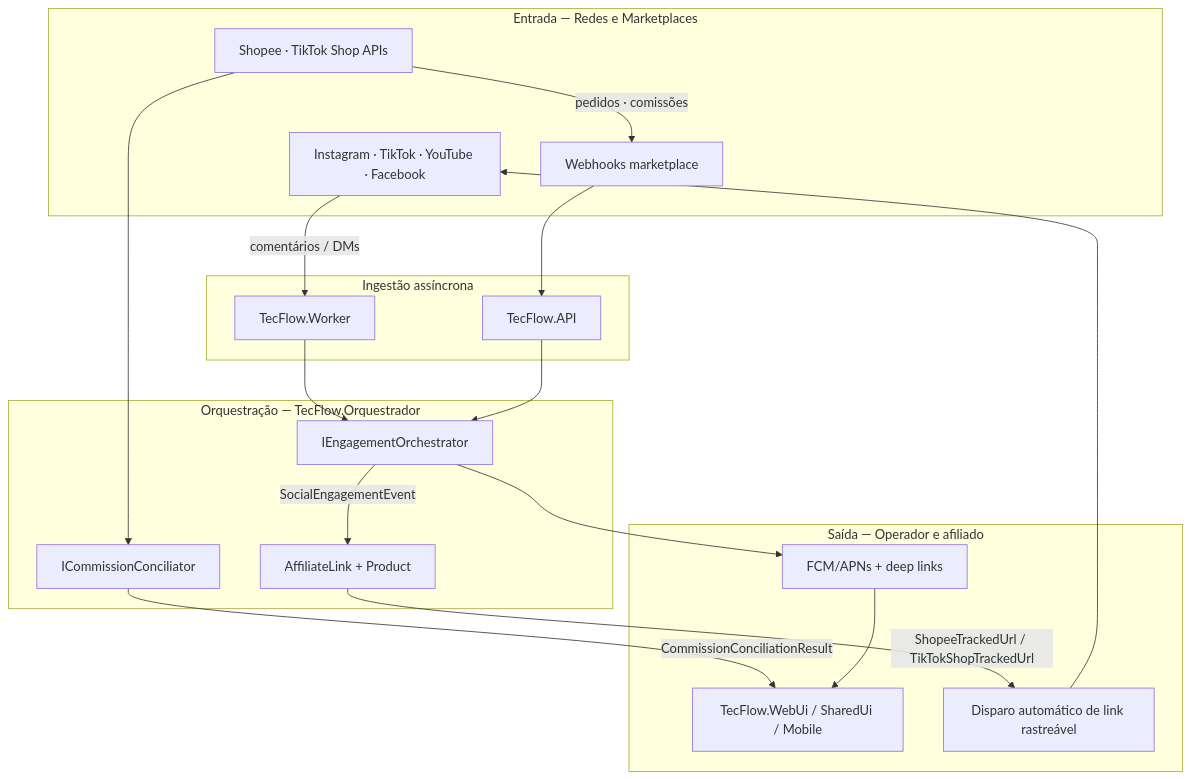
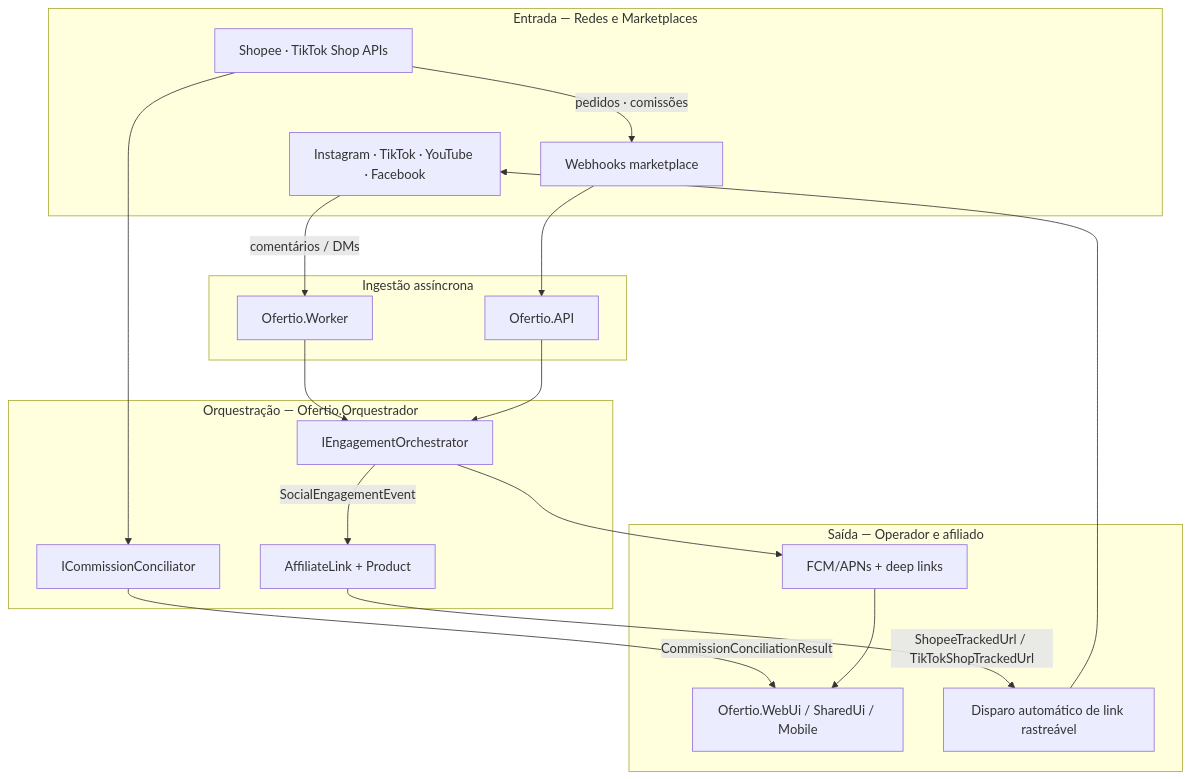
The seventh of 29 diagrams in docs/DIAGRAMAS_ARQUITETURA.md (ronyaraujodeveloper/TecFlow), drawn with Mermaid before and after one commit. The commit also changed other lines of this file and 2495 other files, not shown here.

First line of the commit message:
refactor!: migra marca TecFlow para Ofertio

````diff
--- a/docs/DIAGRAMAS_ARQUITETURA.md
+++ b/docs/DIAGRAMAS_ARQUITETURA.md
@@ -1031,38 +1034,38 @@
 ```mermaid
 flowchart TB
   subgraph Entrada["Entrada — Redes e Marketplaces"]
     SM[Instagram · TikTok · YouTube · Facebook]
     MP[Shopee · TikTok Shop APIs]
     WH[Webhooks marketplace]
   end
 
   subgraph Ingestao["Ingestão assíncrona"]
-    API[TecFlow.API]
-    WRK[TecFlow.Worker]
+    API[Ofertio.API]
+    WRK[Ofertio.Worker]
     WH --> API
     SM -->|comentários / DMs| WRK
     MP -->|pedidos · comissões| WH
   end
 
-  subgraph Orq["Orquestração — TecFlow.Orquestrador"]
+  subgraph Orq["Orquestração — Ofertio.Orquestrador"]
     ENG[IEngagementOrchestrator]
     CON[ICommissionConciliator]
     AL[AffiliateLink + Product]
   end
 
   subgraph Saida["Saída — Operador e afiliado"]
     PUSH[FCM/APNs + deep links]
-    WEB[TecFlow.WebUi / SharedUi / Mobile]
+    WEB[Ofertio.WebUi / SharedUi / Mobile]
     LINK[Disparo automático de link rastreável]
   end
 
   WRK --> ENG
   API --> ENG
   ENG -->|SocialEngagementEvent| AL
   AL -->|ShopeeTrackedUrl / TikTokShopTrackedUrl| LINK
   LINK --> SM
   MP --> CON
   CON -->|CommissionConciliationResult| WEB
   ENG --> PUSH
   PUSH --> WEB
 ```
````
